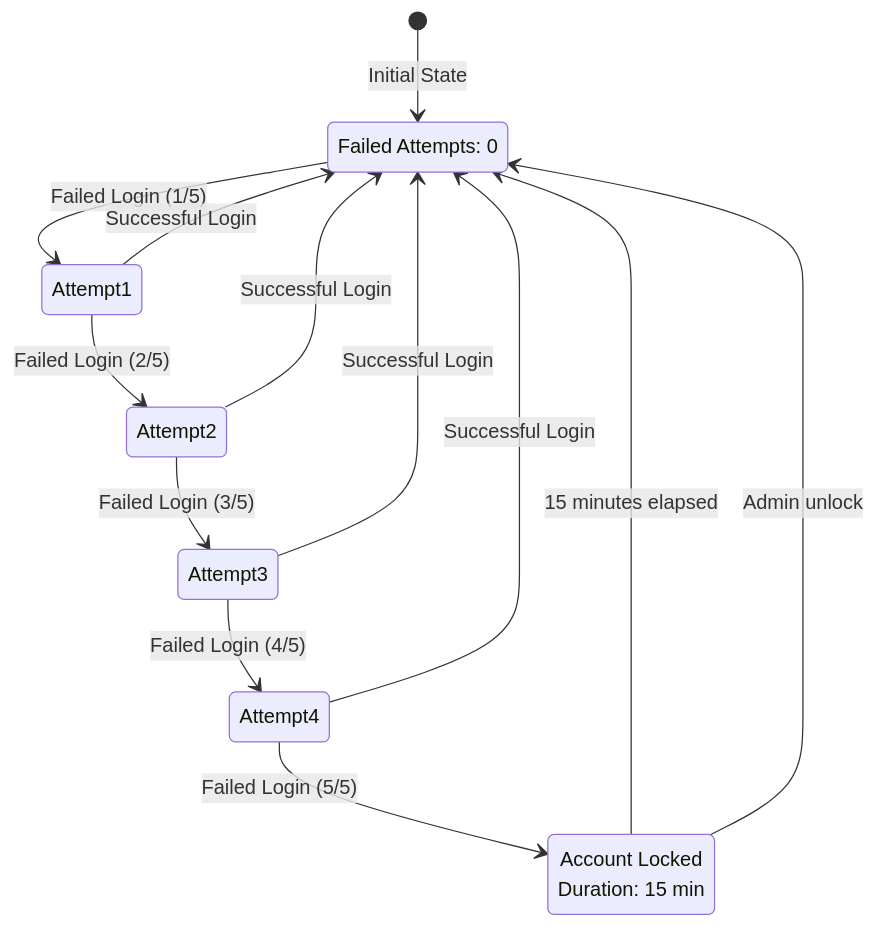
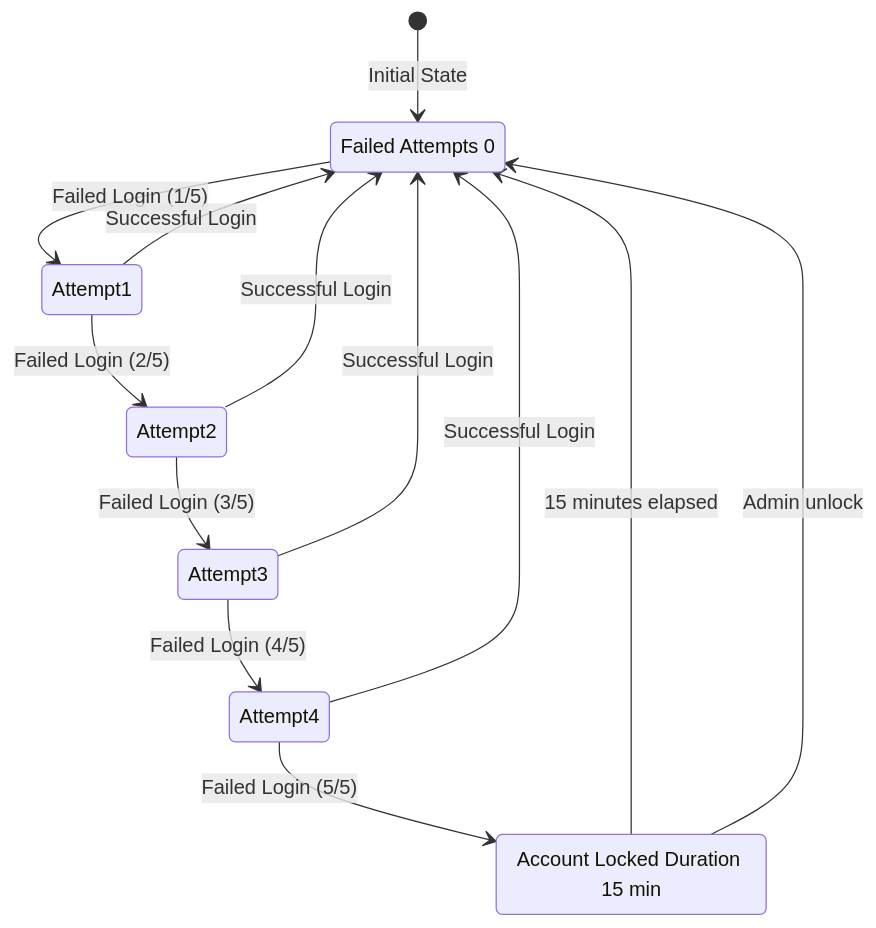
The eighth of 9 diagrams in backend/modules/200-auth.md (telemetryflow/telemetryflow-overview), drawn with Mermaid before and after one commit. The commit also changed 2 other files, not shown here.

Commit message:
Add deployment configuration & kubernetes deployment. Update mermaid for auth modules

````diff
--- a/backend/modules/200-auth.md
+++ b/backend/modules/200-auth.md
@@ -400,20 +400,20 @@
 ```mermaid
 stateDiagram-v2
     [*] --> Active: Initial State
     Active --> Attempt1: Failed Login (1/5)
     Attempt1 --> Attempt2: Failed Login (2/5)
     Attempt2 --> Attempt3: Failed Login (3/5)
     Attempt3 --> Attempt4: Failed Login (4/5)
     Attempt4 --> Locked: Failed Login (5/5)
 
     Locked --> Active: 15 minutes elapsed
     Locked --> Active: Admin unlock
 
     Attempt1 --> Active: Successful Login
     Attempt2 --> Active: Successful Login
     Attempt3 --> Active: Successful Login
     Attempt4 --> Active: Successful Login
 
-    Active: Failed Attempts: 0
-    Locked: Account Locked<br/>Duration: 15 min
+    Active: Failed Attempts 0
+    Locked: Account Locked Duration 15 min
 ```
````
